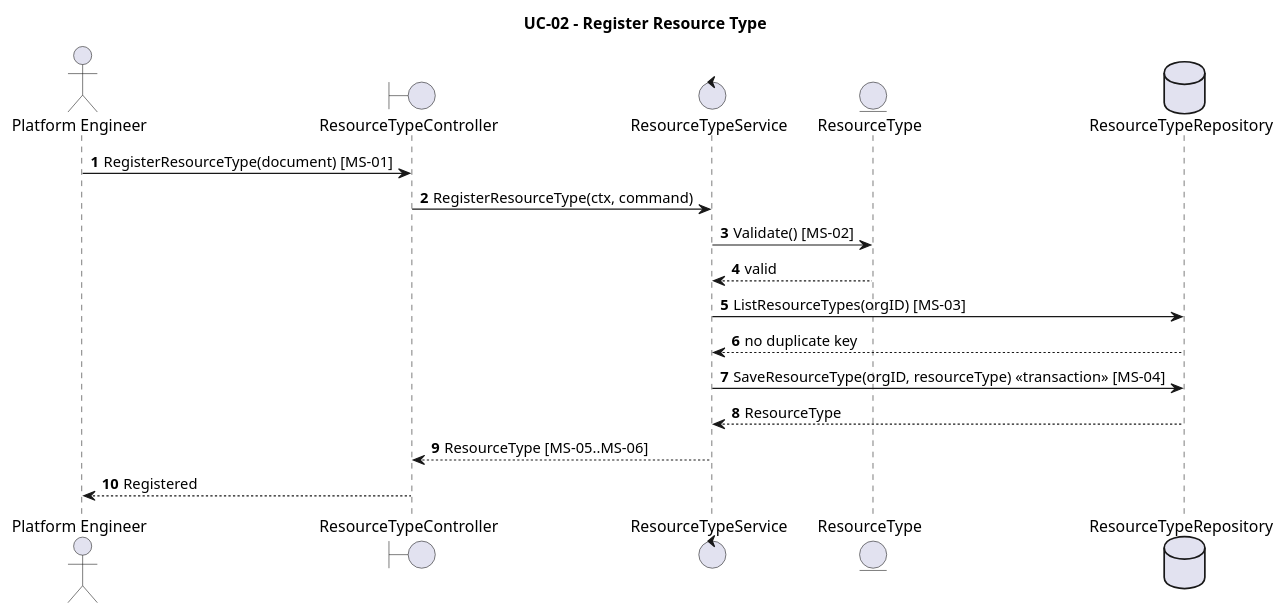
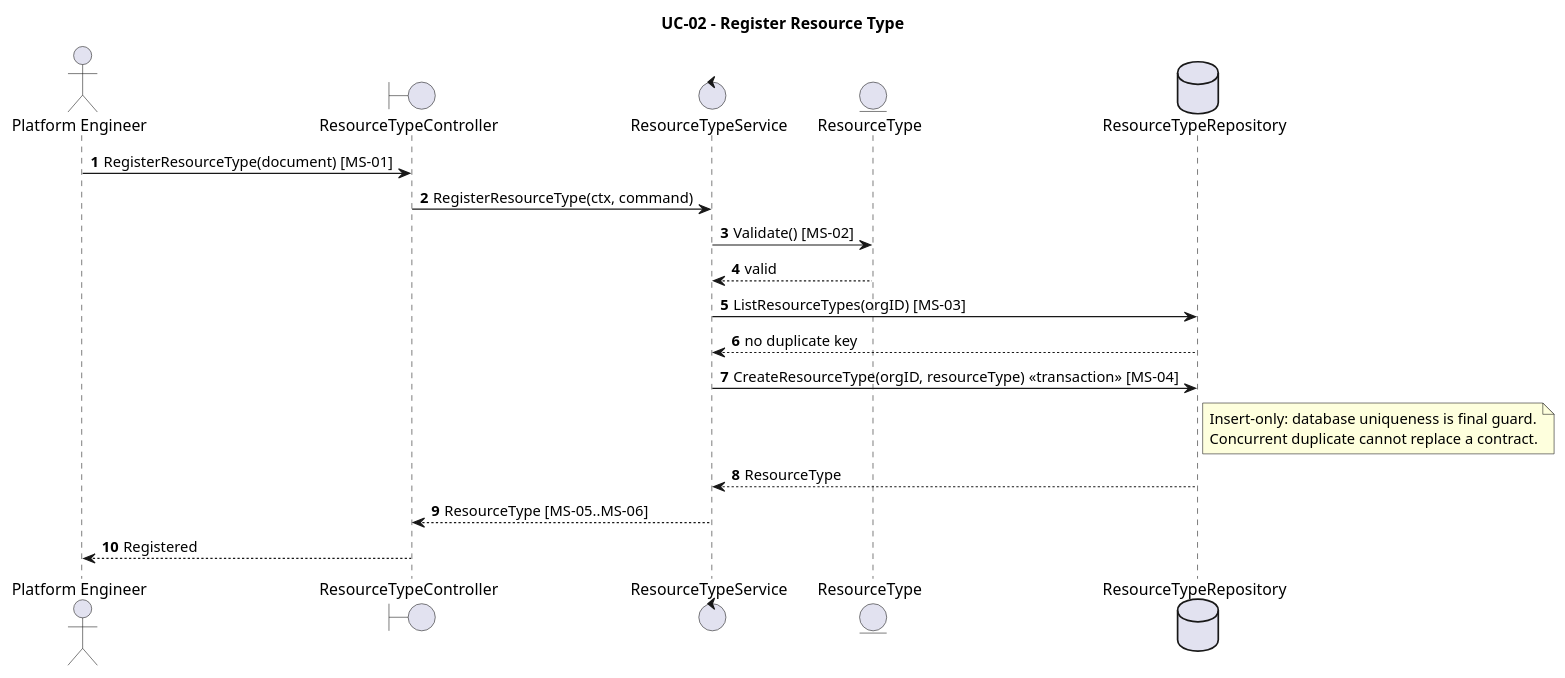
One commit to pr3s3nt/poc changed the diagram in orchestrator_docs/usecase/UC-02/sequence.puml. Above: the diagram before and after it, drawn with PlantUML. The commit also changed 51 other files, not shown here.

```diff
--- a/orchestrator_docs/usecase/UC-02/sequence.puml
+++ b/orchestrator_docs/usecase/UC-02/sequence.puml
@@ -1,20 +1,24 @@
 @startuml
 title UC-02 - Register Resource Type
 autonumber
 actor "Platform Engineer" as PE
 boundary ResourceTypeController as API
 control ResourceTypeService as Service
 entity ResourceType as Validator
 database ResourceTypeRepository as Repo
 
 PE -> API: RegisterResourceType(document) [MS-01]
 API -> Service: RegisterResourceType(ctx, command)
 Service -> Validator: Validate() [MS-02]
 Validator --> Service: valid
 Service -> Repo: ListResourceTypes(orgID) [MS-03]
 Repo --> Service: no duplicate key
-Service -> Repo: SaveResourceType(orgID, resourceType) <<transaction>> [MS-04]
+Service -> Repo: CreateResourceType(orgID, resourceType) <<transaction>> [MS-04]
+note right of Repo
+Insert-only: database uniqueness is final guard.
+Concurrent duplicate cannot replace a contract.
+end note
 Repo --> Service: ResourceType
 Service --> API: ResourceType [MS-05..MS-06]
 API --> PE: Registered
 @enduml
```
